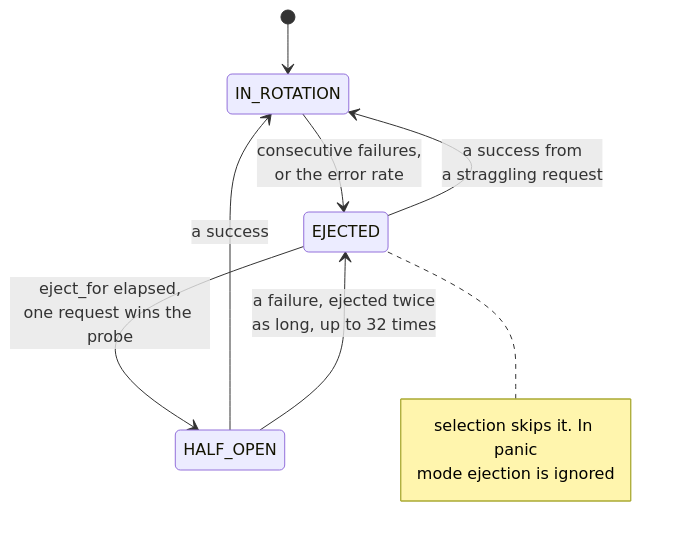
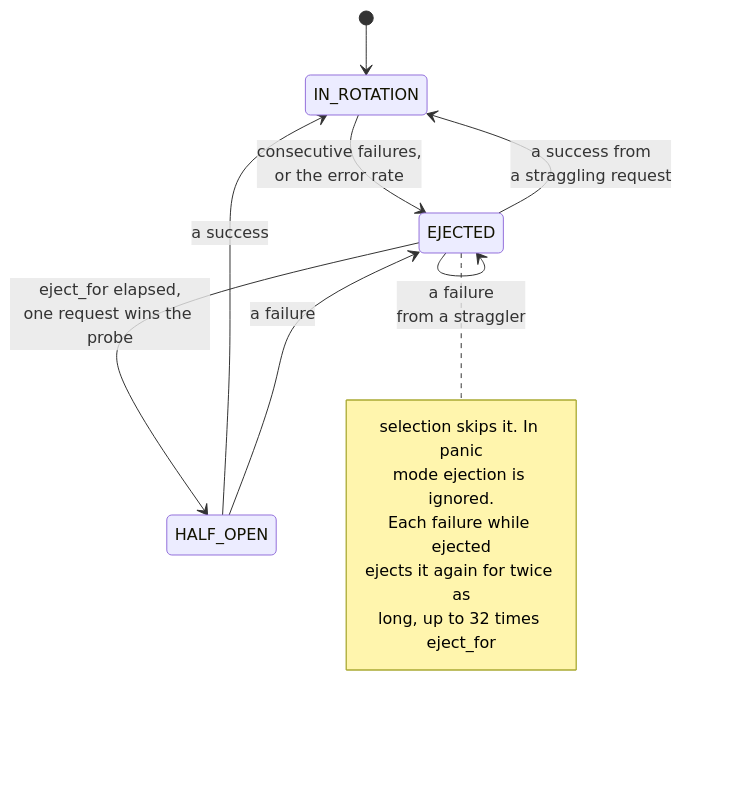
The third of 3 diagrams in docs/ha/discovery.md (BlivionIaG/sjws_nettask), drawn with Mermaid before and after one commit. The commit also changed other lines of this file and 19 other files, not shown here.

First line of the commit message:
docs: fix the diagrams the fact-check found imprecise

````diff
--- a/docs/ha/discovery.md
+++ b/docs/ha/discovery.md
@@ -84,13 +87,17 @@
 ```mermaid
 stateDiagram-v2
     [*] --> IN_ROTATION
     IN_ROTATION --> EJECTED: consecutive failures,<br/>or the error rate
     EJECTED --> HALF_OPEN: eject_for elapsed,<br/>one request wins the probe
     HALF_OPEN --> IN_ROTATION: a success
-    HALF_OPEN --> EJECTED: a failure, ejected twice<br/>as long, up to 32 times
+    HALF_OPEN --> EJECTED: a failure
+    EJECTED --> EJECTED: a failure<br/>from a straggler
     EJECTED --> IN_ROTATION: a success from<br/>a straggling request
     note right of EJECTED
         selection skips it. In panic
-        mode ejection is ignored
+        mode ejection is ignored.
+        Each failure while ejected
+        ejects it again for twice as
+        long, up to 32 times eject_for
     end note
 ```
````
